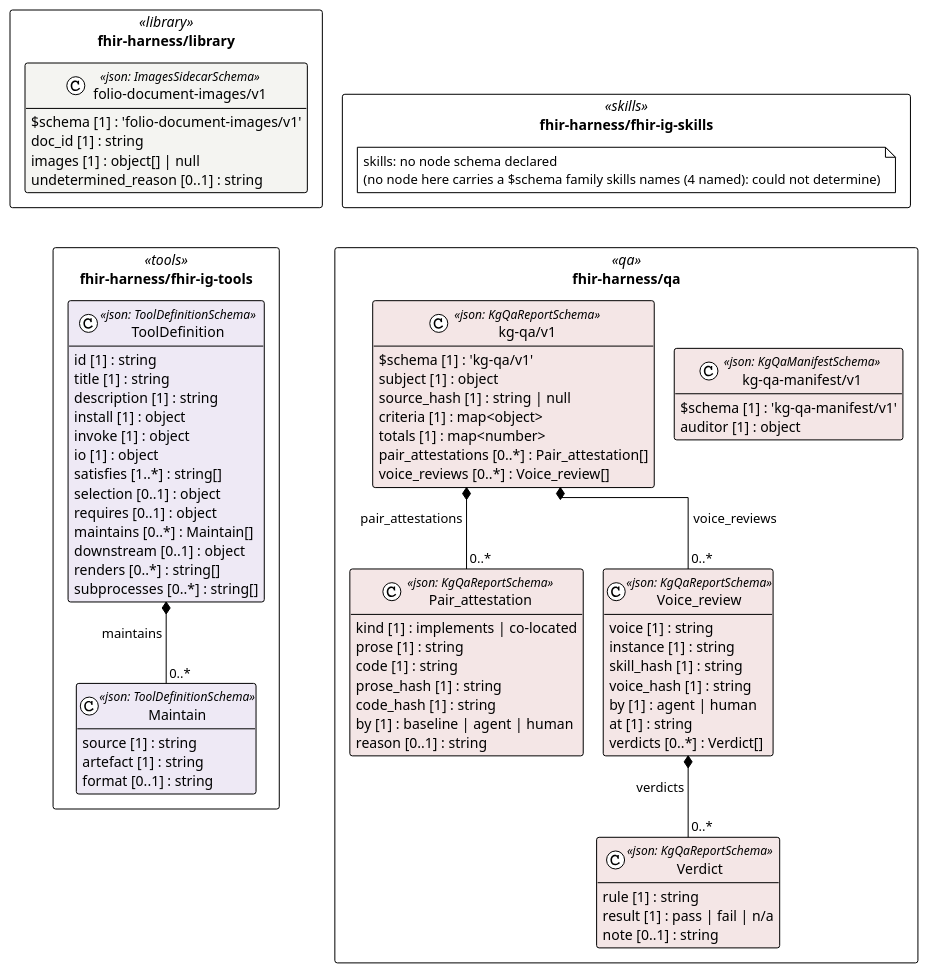
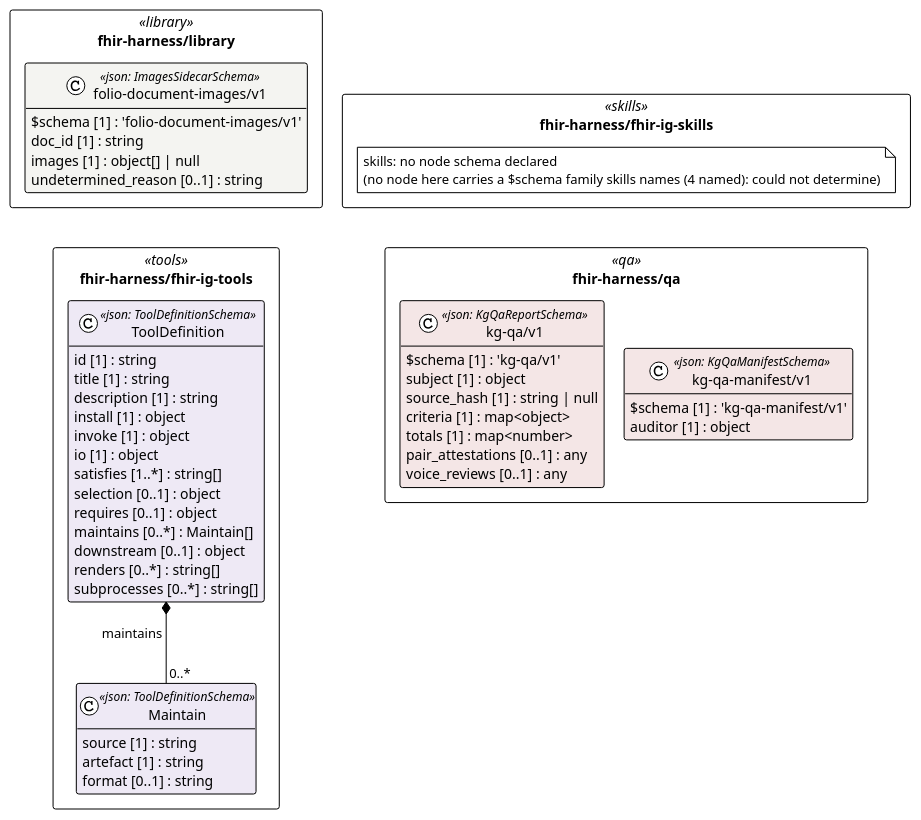
Before and after one commit to litlfred/folio-assistant: the diagram in cat-harness/uml/overview/fhir-harness.puml, drawn with PlantUML. The commit also changed 234 other files, not shown here.

```diff
--- a/cat-harness/uml/overview/fhir-harness.puml
+++ b/cat-harness/uml/overview/fhir-harness.puml
@@ -3,88 +3,62 @@
 @startuml fhir_harness
 !pragma layout elk
 !theme plain
 skinparam classAttributeIconSize 0
 skinparam shadowing false
 skinparam packageStyle rectangle
 hide empty methods
 
 package "fhir-harness/library" as pkg_fhir_harness_library <<library>> {
   class "folio-document-images/v1" as fhir_harness_library_folio_document_images_v1_folio_document_images_v1 <<json: ImagesSidecarSchema>> #f4f4f1 {
     $schema [1] : 'folio-document-images/v1'
     doc_id [1] : string
     images [1] : object[] | null
     undetermined_reason [0..1] : string
   }
 }
 package "fhir-harness/fhir-ig-skills" as pkg_fhir_harness_fhir_ig_skills <<skills>> {
   note "skills: no node schema declared\n(no node here carries a $schema family skills names (4 named): could not determine)" as n_fhir_harness_fhir_ig_skills_skills
 }
 package "fhir-harness/fhir-ig-tools" as pkg_fhir_harness_fhir_ig_tools <<tools>> {
   class "Maintain" as fhir_harness_fhir_ig_tools_Maintain <<json: ToolDefinitionSchema>> #eee9f5 {
     source [1] : string
     artefact [1] : string
     format [0..1] : string
   }
   class "ToolDefinition" as fhir_harness_fhir_ig_tools_ToolDefinition <<json: ToolDefinitionSchema>> #eee9f5 {
     id [1] : string
     title [1] : string
     description [1] : string
     install [1] : object
     invoke [1] : object
     io [1] : object
     satisfies [1..*] : string[]
     selection [0..1] : object
     requires [0..1] : object
     maintains [0..*] : Maintain[]
     downstream [0..1] : object
     renders [0..*] : string[]
     subprocesses [0..*] : string[]
   }
 }
 package "fhir-harness/qa" as pkg_fhir_harness_qa <<qa>> {
-  class "Pair_attestation" as fhir_harness_qa_kg_qa_v1_Pair_attestation <<json: KgQaReportSchema>> #f4e6e6 {
-    kind [1] : implements | co-located
-    prose [1] : string
-    code [1] : string
-    prose_hash [1] : string
-    code_hash [1] : string
-    by [1] : baseline | agent | human
-    reason [0..1] : string
-  }
-  class "Verdict" as fhir_harness_qa_kg_qa_v1_Verdict <<json: KgQaReportSchema>> #f4e6e6 {
-    rule [1] : string
-    result [1] : pass | fail | n/a
-    note [0..1] : string
-  }
-  class "Voice_review" as fhir_harness_qa_kg_qa_v1_Voice_review <<json: KgQaReportSchema>> #f4e6e6 {
-    voice [1] : string
-    instance [1] : string
-    skill_hash [1] : string
-    voice_hash [1] : string
-    by [1] : agent | human
-    at [1] : string
-    verdicts [0..*] : Verdict[]
-  }
   class "kg-qa/v1" as fhir_harness_qa_kg_qa_v1_kg_qa_v1 <<json: KgQaReportSchema>> #f4e6e6 {
     $schema [1] : 'kg-qa/v1'
     subject [1] : object
     source_hash [1] : string | null
     criteria [1] : map<object>
     totals [1] : map<number>
-    pair_attestations [0..*] : Pair_attestation[]
-    voice_reviews [0..*] : Voice_review[]
+    pair_attestations [0..1] : any
+    voice_reviews [0..1] : any
   }
   class "kg-qa-manifest/v1" as fhir_harness_qa_kg_qa_manifest_v1_kg_qa_manifest_v1 <<json: KgQaManifestSchema>> #f4e6e6 {
     $schema [1] : 'kg-qa-manifest/v1'
     auditor [1] : object
   }
 }
 
 fhir_harness_fhir_ig_tools_ToolDefinition *-- "0..*" fhir_harness_fhir_ig_tools_Maintain : maintains
-fhir_harness_qa_kg_qa_v1_kg_qa_v1 *-- "0..*" fhir_harness_qa_kg_qa_v1_Pair_attestation : pair_attestations
-fhir_harness_qa_kg_qa_v1_Voice_review *-- "0..*" fhir_harness_qa_kg_qa_v1_Verdict : verdicts
-fhir_harness_qa_kg_qa_v1_kg_qa_v1 *-- "0..*" fhir_harness_qa_kg_qa_v1_Voice_review : voice_reviews
 ' grid: portrait, 2 column(s) — pkg_fhir_harness_library pkg_fhir_harness_fhir_ig_skills pkg_fhir_harness_fhir_ig_tools pkg_fhir_harness_qa
 pkg_fhir_harness_library -[hidden]down- pkg_fhir_harness_fhir_ig_tools
 pkg_fhir_harness_fhir_ig_skills -[hidden]down- pkg_fhir_harness_qa
 @enduml
```
